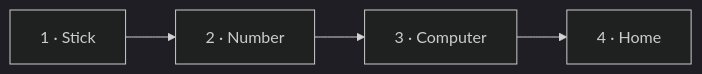
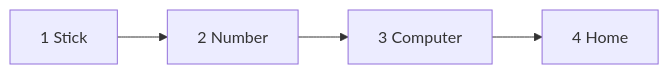
Before and after one commit to RajNadiger/cyber-fire-tv: the diagram in README.md, drawn with Mermaid. The commit also changed other lines of this file, not shown here.

````diff
--- a/README.md
+++ b/README.md
@@ -18,5 +26,4 @@
 ```mermaid
-%%{init: {'theme':'dark', 'flowchart': {'curve':'basis'}}}%%
 flowchart LR
-  A["1 · Stick"] --> B["2 · Number"] --> C["3 · Computer"] --> D["4 · Home"]
+  A["1  Stick"] --> B["2  Number"] --> C["3  Computer"] --> D["4  Home"]
 ```
````
